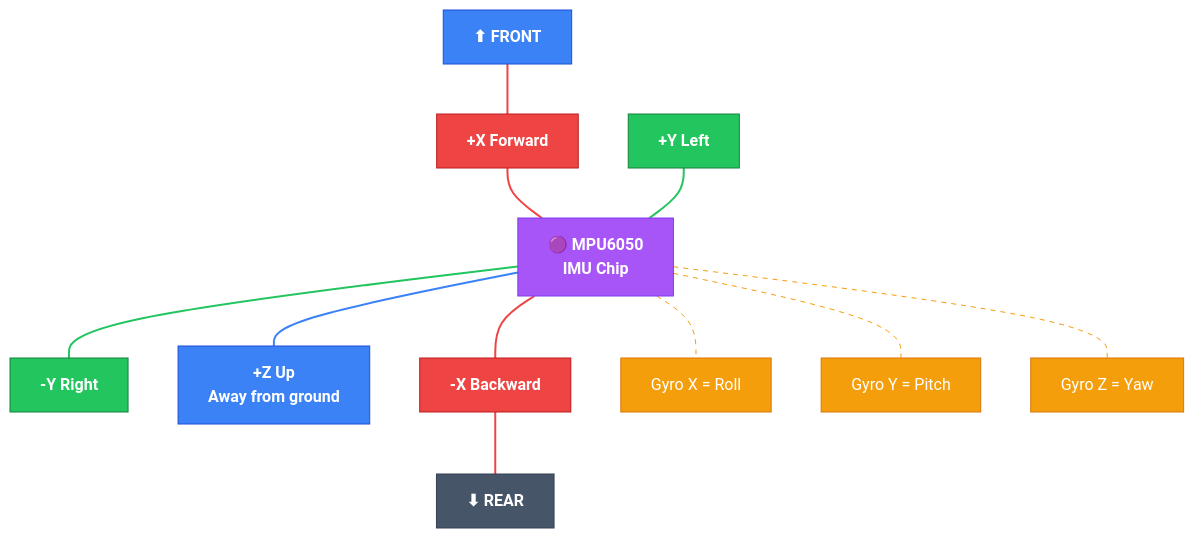
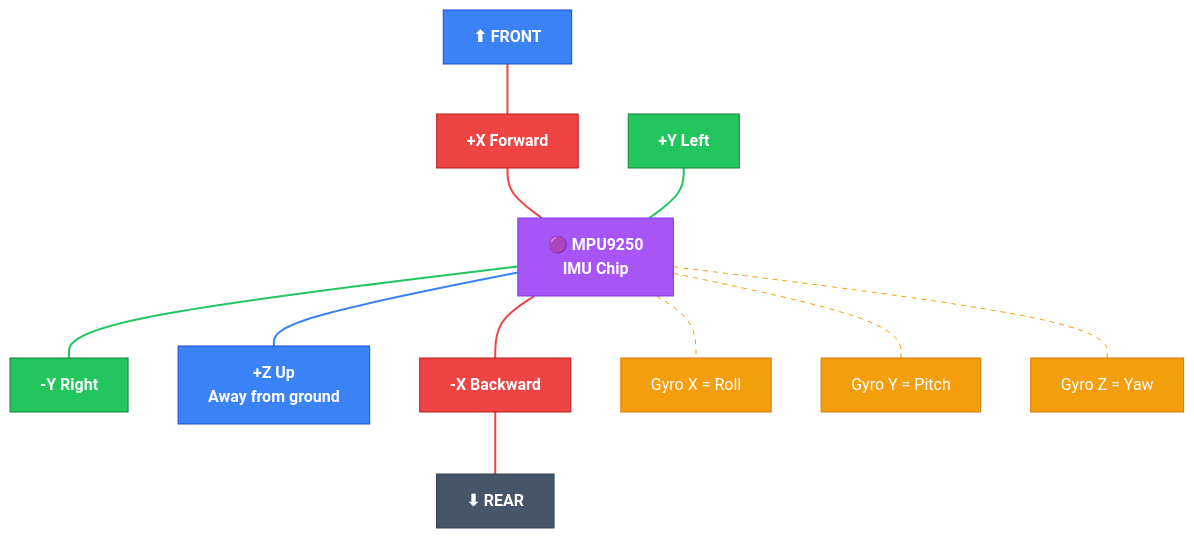
Before and after one commit to Major-Project-001/VIGIL-RQ: the second of 2 diagrams in control/docs/wiring_i2c.md, drawn with Mermaid. The commit also changed other lines of this file and 5 other files, not shown here.

Commit message:
docs: standardize IMU references to MPU9250 across all files

````diff
--- a/control/docs/wiring_i2c.md
+++ b/control/docs/wiring_i2c.md
@@ -116,45 +116,45 @@
 ```mermaid
 graph TB
     classDef front fill:#3b82f6,stroke:#1d4ed8,color:#fff,font-weight:bold
     classDef rear fill:#475569,stroke:#334155,color:#fff,font-weight:bold
     classDef body fill:#1e293b,stroke:#475569,color:#e2e8f0,font-weight:bold
     classDef axisX fill:#ef4444,stroke:#b91c1c,color:#fff,font-weight:bold
     classDef axisY fill:#22c55e,stroke:#15803d,color:#fff,font-weight:bold
     classDef axisZ fill:#3b82f6,stroke:#1d4ed8,color:#fff,font-weight:bold
     classDef imu fill:#a855f7,stroke:#7c3aed,color:#fff,font-weight:bold
     classDef gyro fill:#f59e0b,stroke:#d97706,color:#fff
 
     FRONT["⬆ FRONT"]:::front
     X_POS["+X Forward"]:::axisX
 
     Y_POS["+Y Left"]:::axisY
-    IMU["🟣 MPU6050<br/>IMU Chip"]:::imu
+    IMU["🟣 MPU9250<br/>IMU Chip"]:::imu
     Y_NEG["-Y Right"]:::axisY
 
     Z_UP["+Z Up<br/>Away from ground"]:::axisZ
 
     REAR["⬇ REAR"]:::rear
     X_NEG["-X Backward"]:::axisX
 
     ROLL["Gyro X = Roll"]:::gyro
     PITCH["Gyro Y = Pitch"]:::gyro
     YAW["Gyro Z = Yaw"]:::gyro
 
     FRONT --- X_POS
     X_POS --- IMU
     Y_POS --- IMU
     IMU --- Y_NEG
     IMU --- Z_UP
     IMU --- X_NEG
     X_NEG --- REAR
 
     IMU -.- ROLL
     IMU -.- PITCH
     IMU -.- YAW
 
     linkStyle 0,1 stroke:#ef4444,stroke-width:2px
     linkStyle 2,3 stroke:#22c55e,stroke-width:2px
     linkStyle 4 stroke:#3b82f6,stroke-width:2px
     linkStyle 5,6 stroke:#ef4444,stroke-width:2px
     linkStyle 7,8,9 stroke:#f59e0b,stroke-width:1px,stroke-dasharray:5
 ```
````
